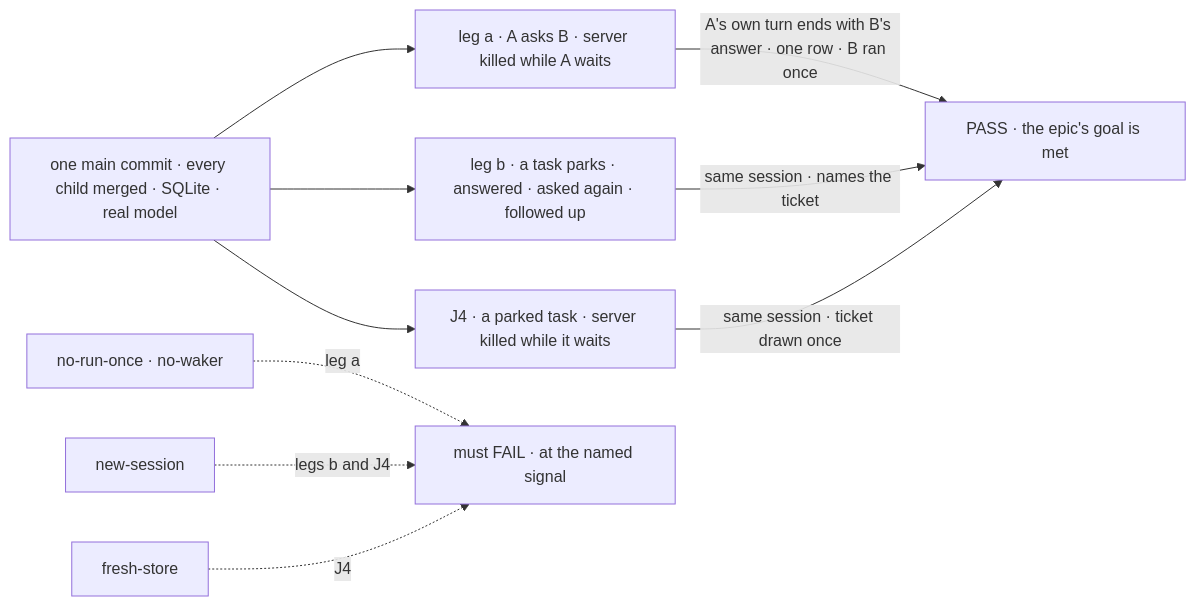
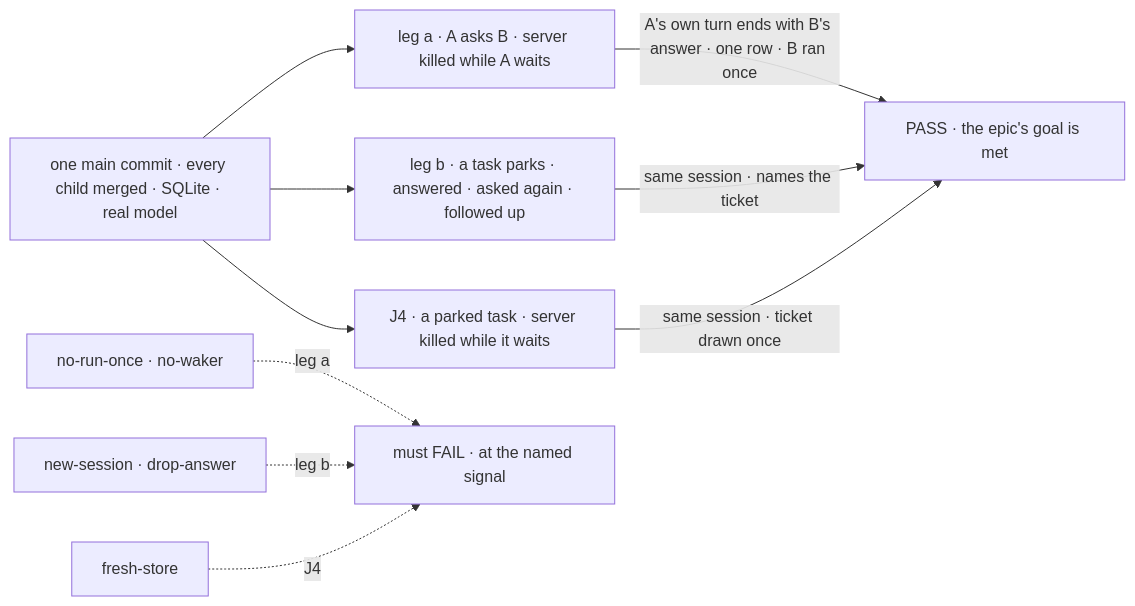
Before and after one commit to fixpoint-labs/flow-state-dev: the diagram in specs/issues/FIX-1820/SPEC.md, drawn with Mermaid. The commit also changed other lines of this file and 6 other files, not shown here.

````diff
--- a/specs/issues/FIX-1820/SPEC.md
+++ b/specs/issues/FIX-1820/SPEC.md
@@ -28,12 +27,12 @@
 ```mermaid
 flowchart LR
   M["one main commit · every child merged · SQLite · real model"] --> A["leg a · A asks B · server killed while A waits"]
   M --> B["leg b · a task parks · answered · asked again · followed up"]
   M --> J["J4 · a parked task · server killed while it waits"]
   A -->|"A's own turn ends with B's answer · one row · B ran once"| P["PASS · the epic's goal is met"]
   B -->|"same session · names the ticket"| P
   J -->|"same session · ticket drawn once"| P
   C1["no-run-once · no-waker"] -.->|"leg a"| X["must FAIL · at the named signal"]
-  C2["new-session"] -.->|"legs b and J4"| X
+  C2["new-session · drop-answer"] -.->|"leg b"| X
   C3["fresh-store"] -.->|"J4"| X
 ```
````
